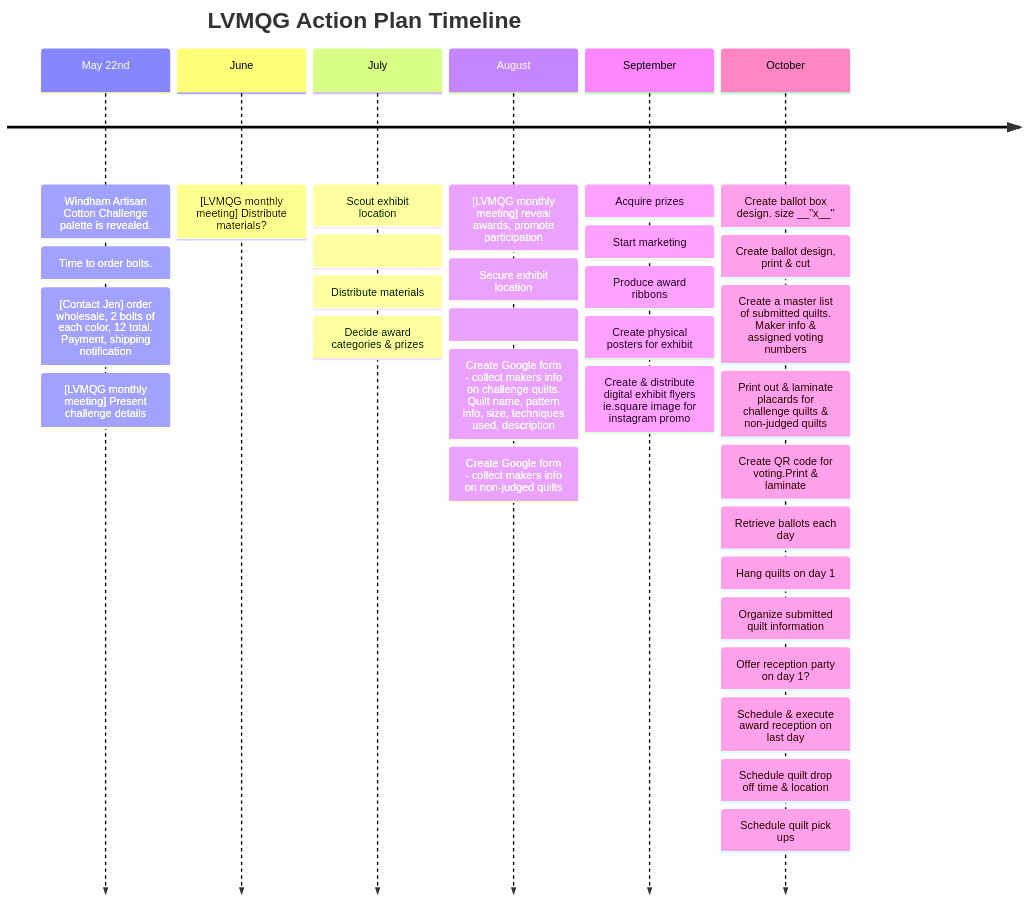
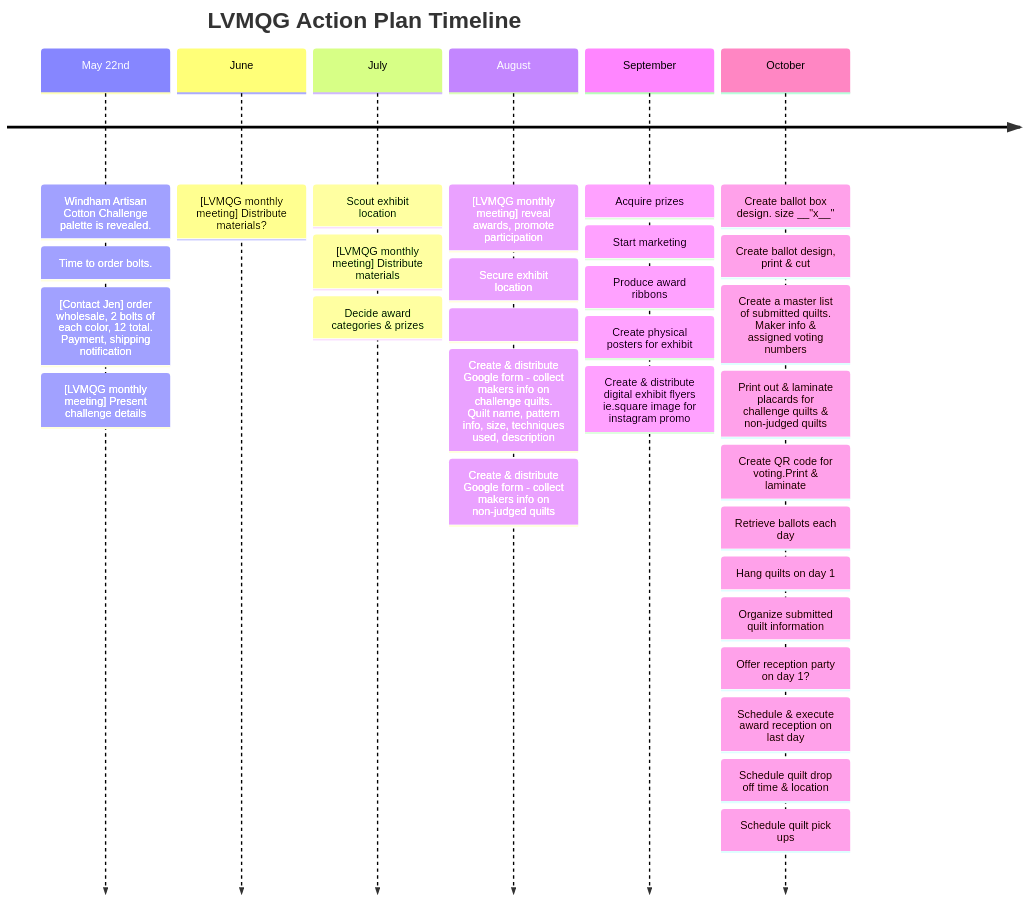
One commit to KikisQuilts/LVMQG_Public changed the first of 2 diagrams in challenges/WindhamArtisanCottonChallenge.md. Above: the diagram before and after it, drawn with Mermaid. The commit also changed other lines of this file, not shown here.

````diff
--- a/challenges/WindhamArtisanCottonChallenge.md
+++ b/challenges/WindhamArtisanCottonChallenge.md
@@ -34,38 +34,38 @@
 ```mermaid
 timeline
     title LVMQG Action Plan Timeline
     May 22nd : Windham Artisan Cotton Challenge palette is revealed.
          : Time to order bolts.
          : [Contact Jen] order wholesale, 2 bolts of each color, 12 total. Payment, shipping notification
          : [LVMQG monthly meeting] Present challenge details
     June : [LVMQG monthly meeting] Distribute materials?
     July : Scout exhibit location 
         :
-         : Distribute materials
+         [LVMQG monthly meeting] Distribute materials
          : Decide award categories & prizes
     August : [LVMQG monthly meeting] reveal awards, promote participation
         : Secure exhibit location
         :
-        : Create Google form - collect makers info on challenge quilts. Quilt name, pattern info, size, techniques used, description
-        : Create Google form - collect makers info on non-judged quilts
+        : Create & distribute Google form - collect makers info on challenge quilts. Quilt name, pattern info, size, techniques used, description
+        : Create & distribute Google form - collect makers info on non-judged quilts
 
     
     September : Acquire prizes
         : Start marketing
         : Produce award ribbons
         : Create physical posters for exhibit 
         : Create & distribute digital exhibit flyers ie.square image for instagram promo
     October : Create ballot box design. size __"x__"
         : Create ballot design, print & cut
         : Create a master list of submitted quilts. Maker info & assigned voting numbers
         : Print out & laminate placards for challenge quilts & non-judged quilts
         : Create QR code for voting.Print & laminate
         : Retrieve ballots each day
         : Hang quilts on day 1
         : Organize submitted quilt information
         : Offer reception party on day 1?
         : Schedule & execute award reception on last day
         : Schedule quilt drop off time & location
         : Schedule quilt pick ups
 
 ```
````
